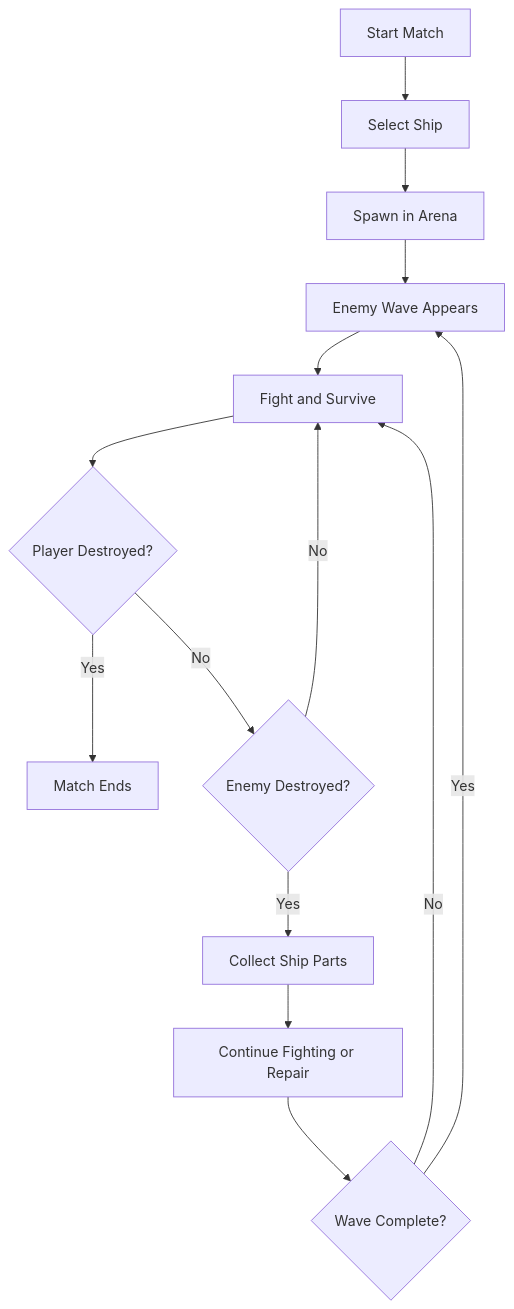
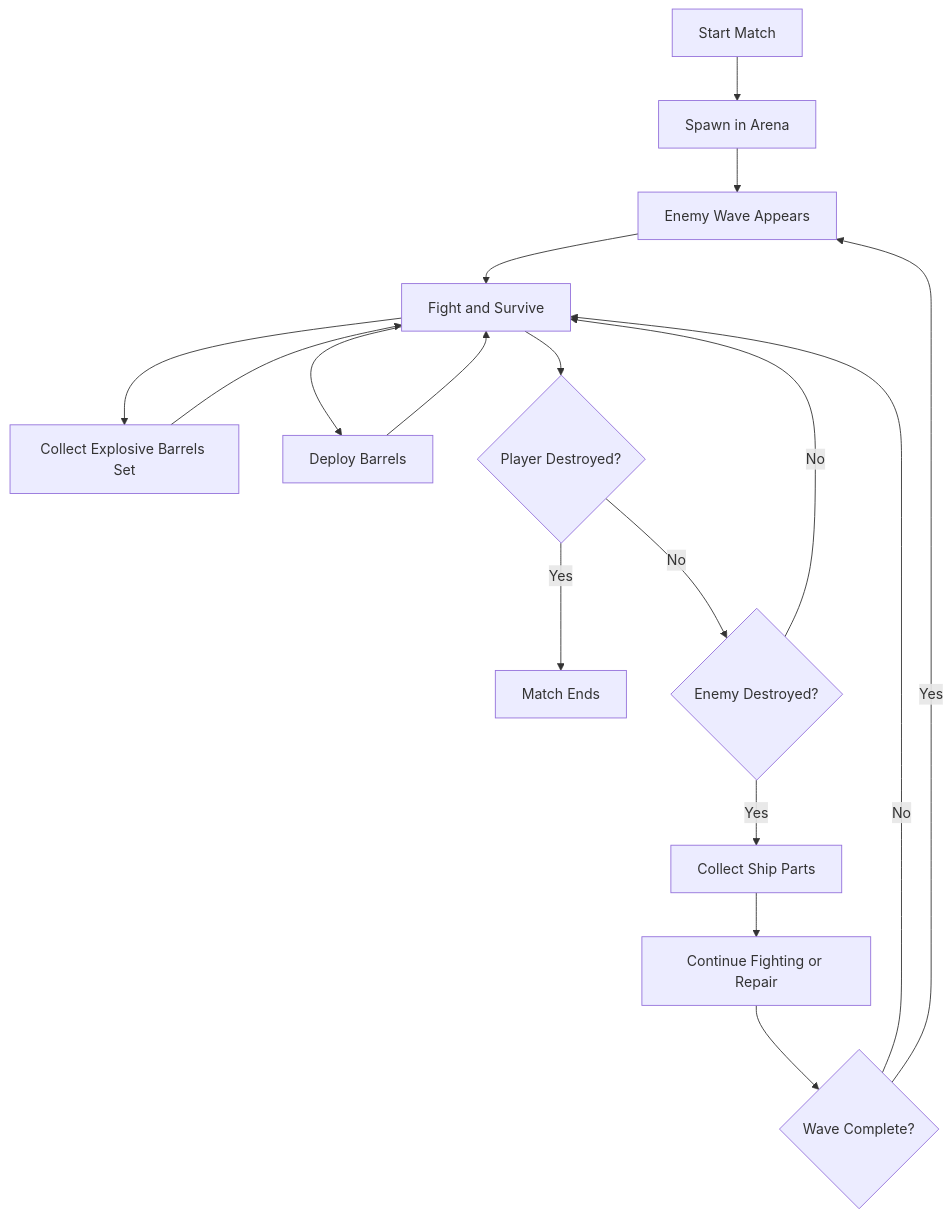
One commit to TheRoyTomer/PiratesOfTheMediterranean changed the first of 2 diagrams in Docs/GDD.md. Above: the diagram before and after it, drawn with Mermaid. The commit also changed other lines of this file and 280 other files, not shown here.

Commit message:
Add explosive barrels and update GDD

````diff
--- a/Docs/GDD.md
+++ b/Docs/GDD.md
@@ -30,16 +30,19 @@
 ```mermaid
 flowchart TD
-    A["Start Match"] --> B["Select Ship"]
-    B --> C["Spawn in Arena"]
+    A["Start Match"] --> C["Spawn in Arena"]
     C --> D["Enemy Wave Appears"]
     D --> E["Fight and Survive"]
+    E --> L["Collect Explosive Barrels Set"]
+    L --> E
+    E --> M["Deploy Barrels"]
+    M --> E
     E --> F{"Player Destroyed?"}
     F -- Yes --> G["Match Ends"]
     F -- No --> H{"Enemy Destroyed?"}
     H -- Yes --> I["Collect Ship Parts"]
     H -- No --> E
     I --> J["Continue Fighting or Repair"]
     J --> K{"Wave Complete?"}
     K -- No --> E
     K -- Yes --> D
 ```
````
